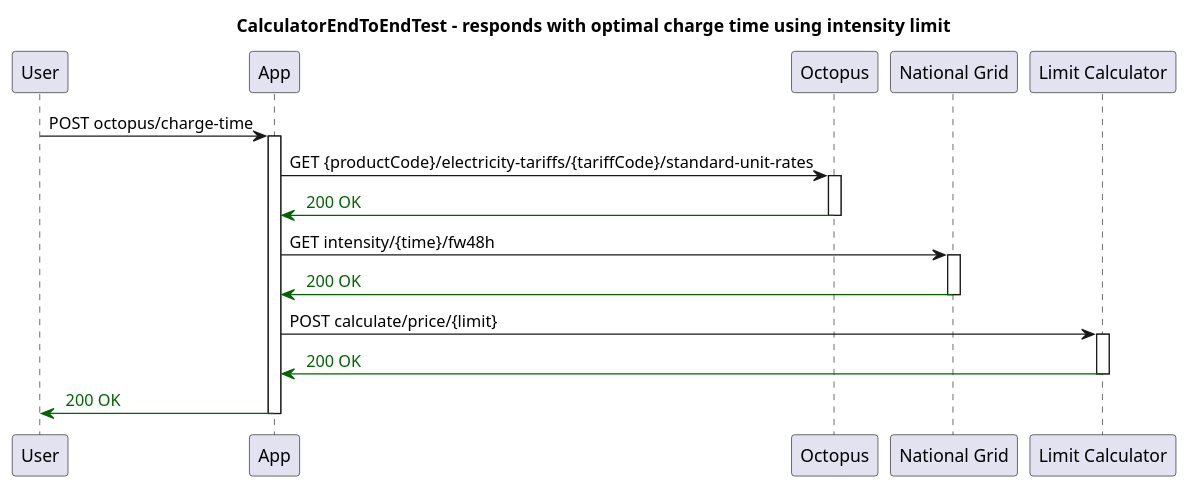
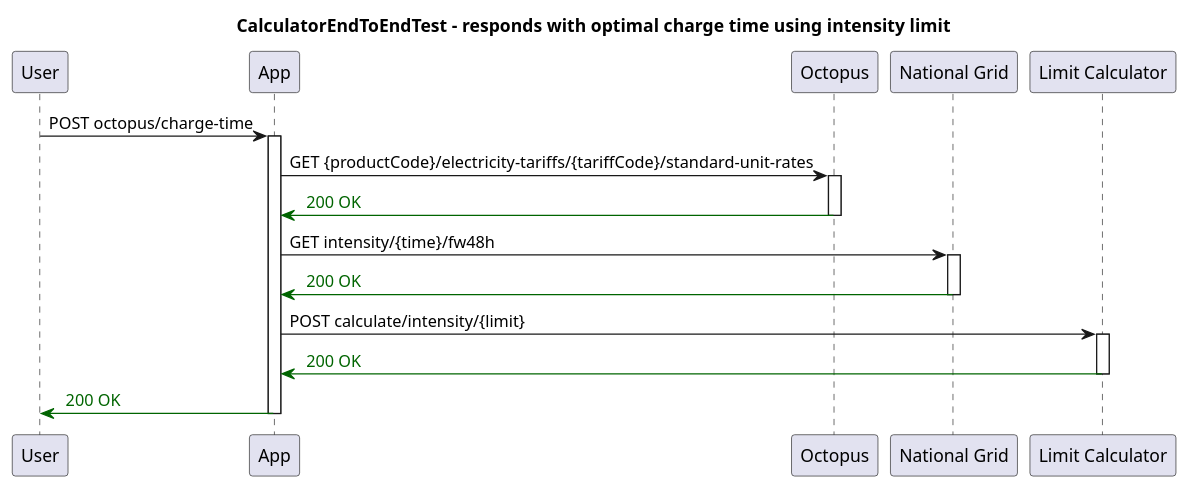
One commit to JamesWheadon/Carbon-Intensity changed the diagram in WebApp/sequences/CalculatorEndToEndTest - responds with optimal charge time using intensity limit - Sequence.puml. Above: the diagram before and after it, drawn with PlantUML. The commit also changed 4 other files, not shown here.

```diff
--- a/WebApp/sequences/CalculatorEndToEndTest - responds with optimal charge time using intensity limit - Sequence.puml
+++ b/WebApp/sequences/CalculatorEndToEndTest - responds with optimal charge time using intensity limit - Sequence.puml
@@ -1,27 +1,27 @@
 @startuml
 title CalculatorEndToEndTest - responds with optimal charge time using intensity limit
 participant "User"
 participant "App"
 participant "Octopus"
 participant "National Grid"
 participant "Limit Calculator"
 "User" -> "App": POST octopus/charge-time
 activate "App"
 "App" -> "Octopus": GET {productCode}/electricity-tariffs/{tariffCode}/standard-unit-rates
 activate "Octopus"
 
 "Octopus" -[#DarkGreen]> "App": <color:DarkGreen> 200 OK
 deactivate "Octopus"
 "App" -> "National Grid": GET intensity/{time}/fw48h
 activate "National Grid"
 
 "National Grid" -[#DarkGreen]> "App": <color:DarkGreen> 200 OK
 deactivate "National Grid"
-"App" -> "Limit Calculator": POST calculate/price/{limit}
+"App" -> "Limit Calculator": POST calculate/intensity/{limit}
 activate "Limit Calculator"
 
 "Limit Calculator" -[#DarkGreen]> "App": <color:DarkGreen> 200 OK
 deactivate "Limit Calculator"
 "App" -[#DarkGreen]> "User": <color:DarkGreen> 200 OK
 deactivate "App"
 @enduml
```
